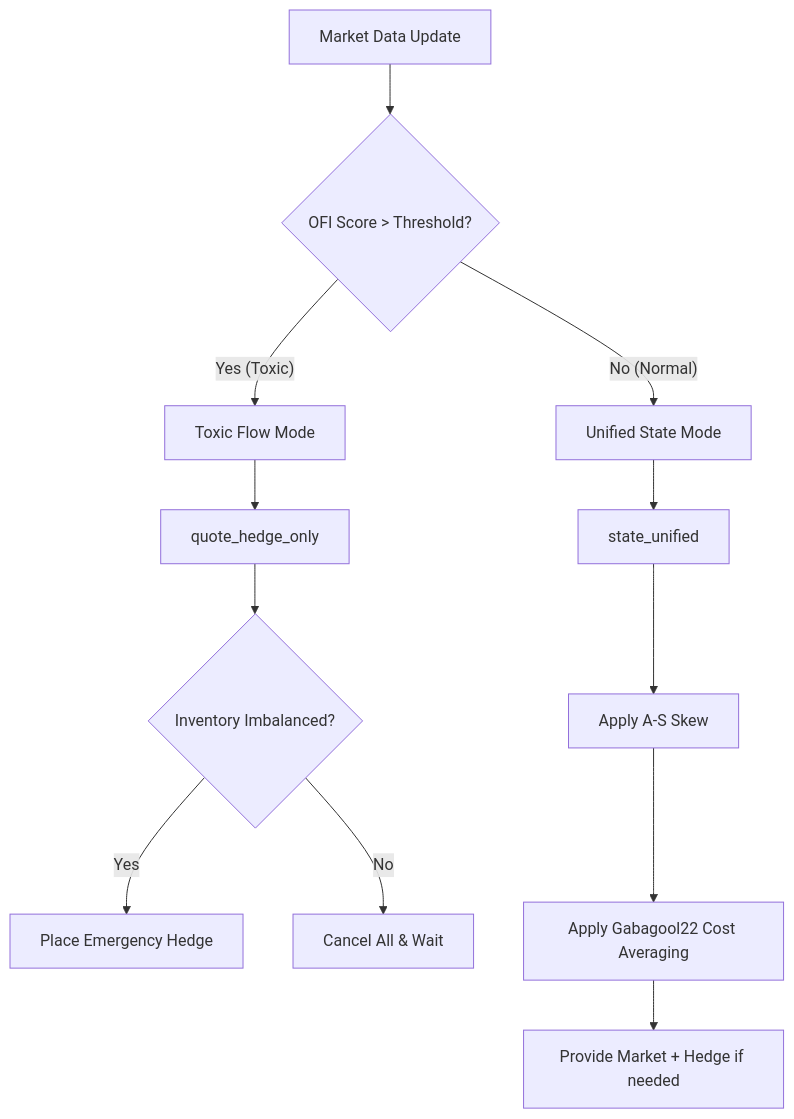
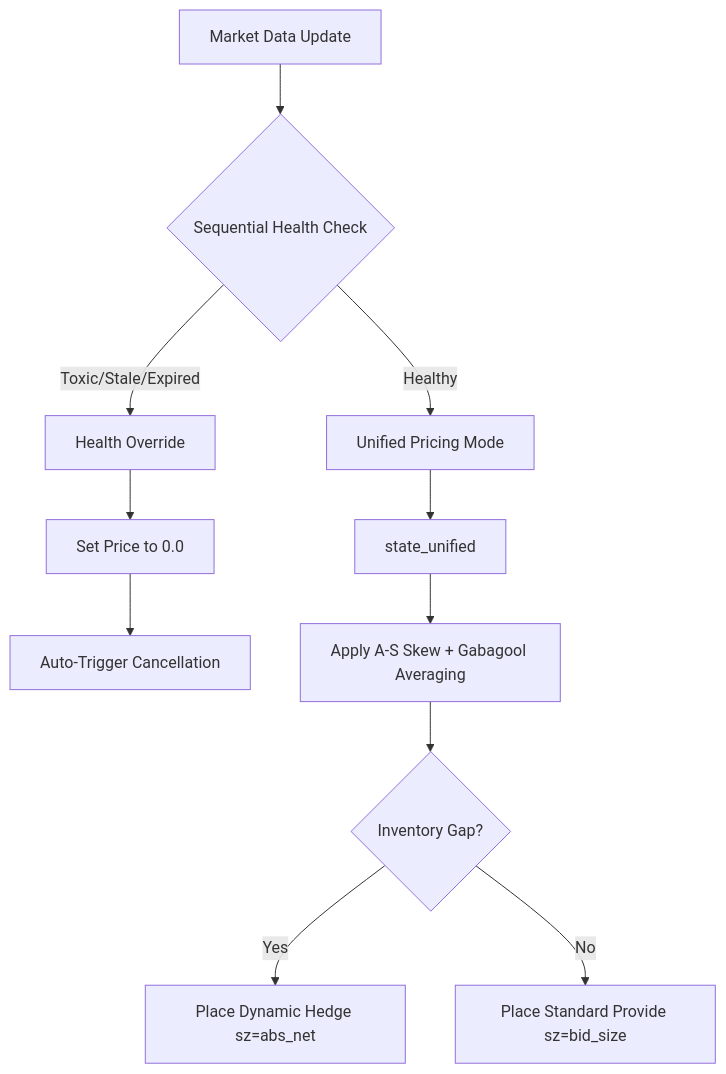
The diagram in docs/STRATEGY_V2_CORE.md (hot3246624/pm_as_ofi), drawn with Mermaid before and after one commit. The commit also changed other lines of this file and 5 other files, not shown here.

First line of the commit message:
V2 Surgical Refinement: Final Architectural Alignment & Sync

````diff
--- a/docs/STRATEGY_V2_CORE.md
+++ b/docs/STRATEGY_V2_CORE.md
@@ -18,16 +18,15 @@
 ```mermaid
 graph TD
-    A[Market Data Update] --> B{OFI Score > Threshold?}
-    B -- Yes (Toxic) --> C[Toxic Flow Mode]
-    B -- No (Normal) --> D[Unified State Mode]
+    A[Market Data Update] --> B{Sequential Health Check}
+    B -- Toxic/Stale/Expired --> C[Health Override]
+    B -- Healthy --> D[Unified Pricing Mode]
     
-    C --> E[quote_hedge_only]
-    E --> F{Inventory Imbalanced?}
-    F -- Yes --> G[Place Emergency Hedge]
-    F -- No --> H[Cancel All & Wait]
+    C --> G[Set Price to 0.0]
+    G --> H[Auto-Trigger Cancellation]
     
     D --> I[state_unified]
-    I --> J[Apply A-S Skew]
-    J --> K[Apply Gabagool22 Cost Averaging]
-    K --> L[Provide Market + Hedge if needed]
+    I --> J[Apply A-S Skew + Gabagool Averaging]
+    J --> K{Inventory Gap?}
+    K -- Yes --> L[Place Dynamic Hedge sz=abs_net]
+    K -- No --> M[Place Standard Provide sz=bid_size]
 ```
````
